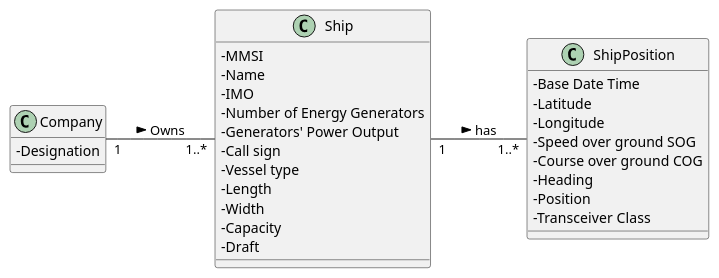
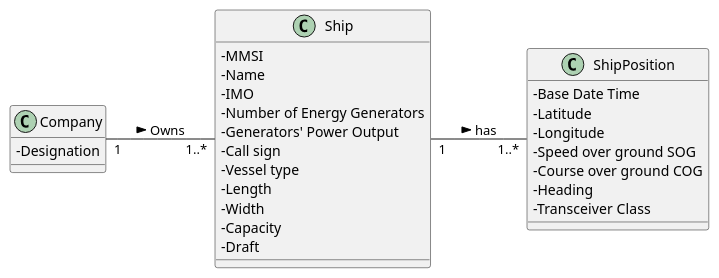
The diagram in docs/Sprint 1/US/US104/US104_MD.puml (1190772/LAB-Project-3), drawn with PlantUML before and after one commit. The commit also changed 5 other files, not shown here.

```diff
--- a/docs/Sprint 1/US/US104/US104_MD.puml
+++ b/docs/Sprint 1/US/US104/US104_MD.puml
@@ -1,40 +1,39 @@
 @startuml
 'https://plantuml.com/class-diagram
 
 skinparam classAttributeIconSize 0
 left to right direction
 
 class Company {
 -Designation
 }
 
 class Ship {
 -MMSI
 -Name
 -IMO
 -Number of Energy Generators
 -Generators' Power Output
 -Call sign
 -Vessel type
 -Length
 -Width
 -Capacity
 -Draft
 }
 
 class ShipPosition {
 -Base Date Time
 -Latitude
 -Longitude
 -Speed over ground SOG
 -Course over ground COG
 -Heading
--Position
 -Transceiver Class
 }
 
 
 Company "1" -- "1..*" Ship : Owns >
 Ship "1" -- "1..*" ShipPosition : has >
 
 @enduml
```
